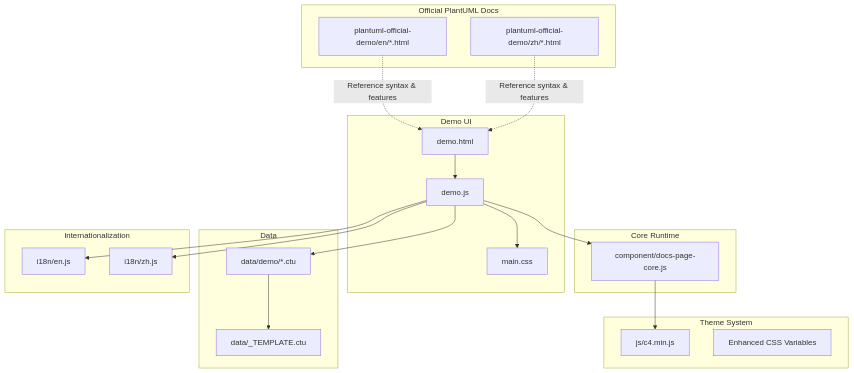
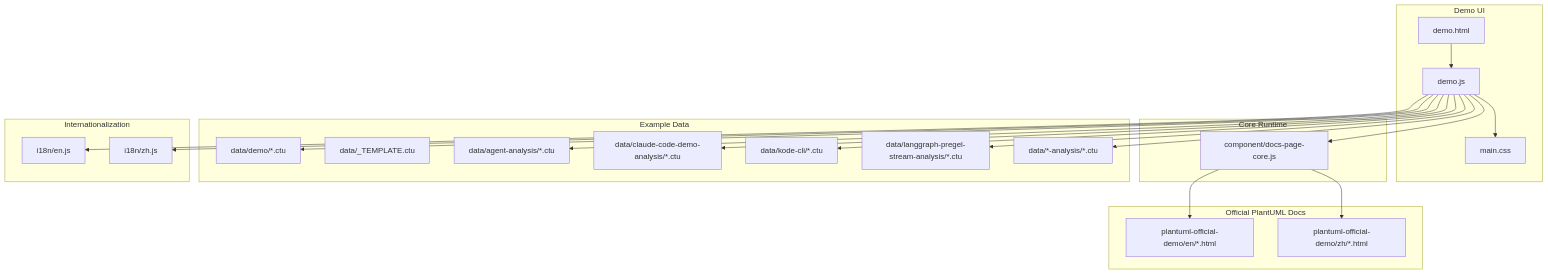
The first of 6 diagrams in .qoder/repowiki/en/content/Diagram Examples/Diagram Examples.md (pingwurth/code-to-uml), drawn with Mermaid before and after one commit. The commit also changed other lines of this file and 21 other files, not shown here.

Commit message:
chore(docs): 删除 Code-To-UML 介绍文档

````diff
--- a/.qoder/repowiki/en/content/Diagram Examples/Diagram Examples.md
+++ b/.qoder/repowiki/en/content/Diagram Examples/Diagram Examples.md
@@ -52,37 +57,41 @@
 ```mermaid
 graph TB
 subgraph "Demo UI"
 A["demo.html"]
 B["demo.js"]
 C["main.css"]
 end
 subgraph "Core Runtime"
 D["component/docs-page-core.js"]
 end
-subgraph "Data"
+subgraph "Example Data"
 E["data/demo/*.ctu"]
 F["data/_TEMPLATE.ctu"]
+G["data/agent-analysis/*.ctu"]
+H["data/claude-code-demo-analysis/*.ctu"]
+I["data/kode-cli/*.ctu"]
+J["data/langgraph-pregel-stream-analysis/*.ctu"]
+K["data/*-analysis/*.ctu"]
 end
 subgraph "Internationalization"
-G["i18n/en.js"]
-H["i18n/zh.js"]
+L["i18n/en.js"]
+M["i18n/zh.js"]
 end
 subgraph "Official PlantUML Docs"
-I["plantuml-official-demo/en/*.html"]
-J["plantuml-official-demo/zh/*.html"]
-end
-subgraph "Theme System"
-K["js/c4.min.js"]
-L["Enhanced CSS Variables"]
+N["plantuml-official-demo/en/*.html"]
+O["plantuml-official-demo/zh/*.html"]
 end
 A --> B
 B --> C
 B --> D
 B --> E
 B --> G
 B --> H
-D --> K
-E --> F
-I -. "Reference syntax & features" .-> A
-J -. "Reference syntax & features" .-> A
+B --> I
+B --> J
+B --> K
+B --> L
+B --> M
+D --> N
+D --> O
 ```
````
